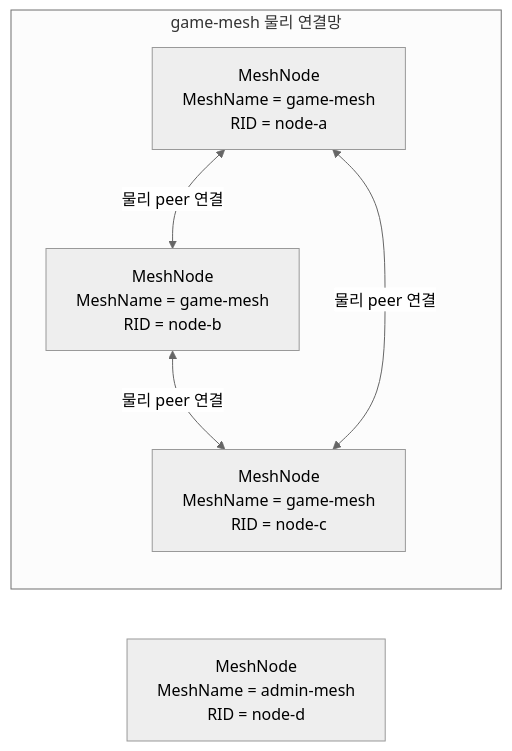
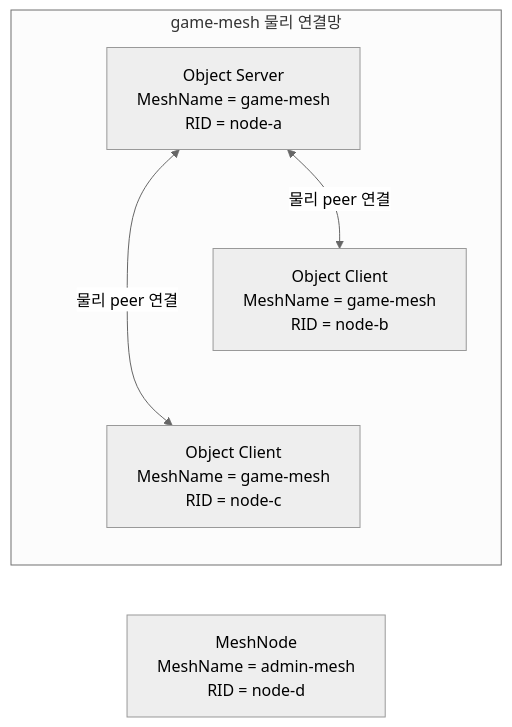
One commit to kairos-code-dev/zlink changed the first of 3 diagrams in framework/doc/framework/common/spec/07-channel-topology.ko.md. Above: the diagram before and after it, drawn with Mermaid (neutral theme). The commit also changed other lines of this file and 1160 other files, not shown here.

````diff
--- a/framework/doc/framework/common/spec/07-channel-topology.ko.md
+++ b/framework/doc/framework/common/spec/07-channel-topology.ko.md
@@ -259,14 +266,14 @@
 ```mermaid
 flowchart LR
     subgraph GameMesh["game-mesh 물리 연결망"]
-        A["MeshNode<br/>MeshName = game-mesh<br/>RID = node-a"]
-        B["MeshNode<br/>MeshName = game-mesh<br/>RID = node-b"]
-        C["MeshNode<br/>MeshName = game-mesh<br/>RID = node-c"]
+        A["Object Server<br/>MeshName = game-mesh<br/>RID = node-a"]
+        B["Object Client<br/>MeshName = game-mesh<br/>RID = node-b"]
+        C["Object Client<br/>MeshName = game-mesh<br/>RID = node-c"]
 
         A <-->|물리 peer 연결| B
-        B <-->|물리 peer 연결| C
-        C <-->|물리 peer 연결| A
+        A <-->|물리 peer 연결| C
+        B ~~~ C
     end
 
     D["MeshNode<br/>MeshName = admin-mesh<br/>RID = node-d"]
 ```
````
